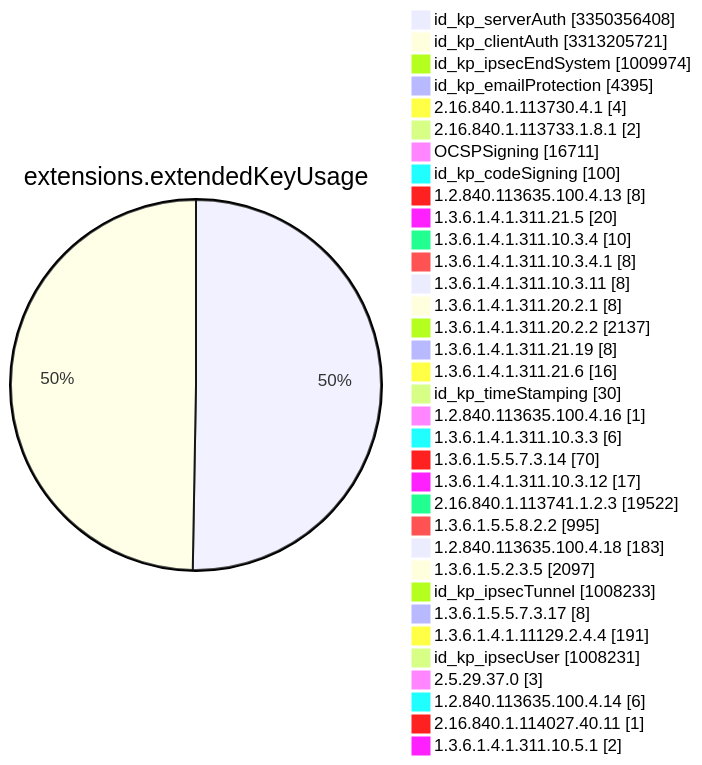
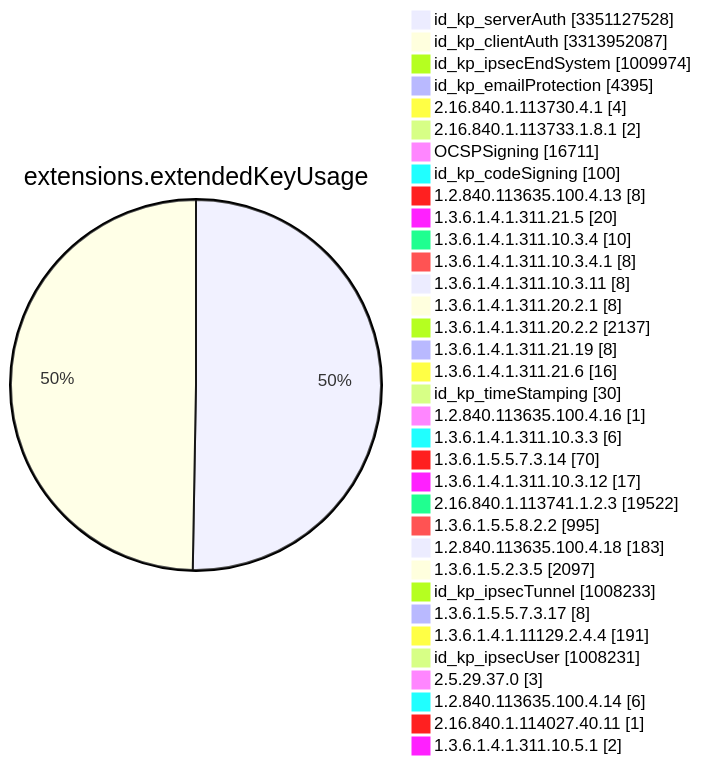
One commit to christiankrug/ctmonitor_visualization changed diagram 11 of 15 in TOTAL/README.md. Above: the diagram before and after it, drawn with Mermaid. The commit also changed other lines of this file, not shown here.

````diff
--- a/TOTAL/README.md
+++ b/TOTAL/README.md
@@ -4120,38 +4120,38 @@
 ```mermaid
 pie showData
 title extensions.extendedKeyUsage
-"id_kp_serverAuth" :3350356408
-"id_kp_clientAuth" :3313205721
+"id_kp_serverAuth" :3351127528
+"id_kp_clientAuth" :3313952087
 "id_kp_ipsecEndSystem" :1009974
 "id_kp_emailProtection" :4395
 "2.16.840.1.113730.4.1" :4
 "2.16.840.1.113733.1.8.1" :2
 "OCSPSigning" :16711
 "id_kp_codeSigning" :100
 "1.2.840.113635.100.4.13" :8
 "1.3.6.1.4.1.311.21.5" :20
 "1.3.6.1.4.1.311.10.3.4" :10
 "1.3.6.1.4.1.311.10.3.4.1" :8
 "1.3.6.1.4.1.311.10.3.11" :8
 "1.3.6.1.4.1.311.20.2.1" :8
 "1.3.6.1.4.1.311.20.2.2" :2137
 "1.3.6.1.4.1.311.21.19" :8
 "1.3.6.1.4.1.311.21.6" :16
 "id_kp_timeStamping" :30
 "1.2.840.113635.100.4.16" :1
 "1.3.6.1.4.1.311.10.3.3" :6
 "1.3.6.1.5.5.7.3.14" :70
 "1.3.6.1.4.1.311.10.3.12" :17
 "2.16.840.1.113741.1.2.3" :19522
 "1.3.6.1.5.5.8.2.2" :995
 "1.2.840.113635.100.4.18" :183
 "1.3.6.1.5.2.3.5" :2097
 "id_kp_ipsecTunnel" :1008233
 "1.3.6.1.5.5.7.3.17" :8
 "1.3.6.1.4.1.11129.2.4.4" :191
 "id_kp_ipsecUser" :1008231
 "2.5.29.37.0" :3
 "1.2.840.113635.100.4.14" :6
 "2.16.840.1.114027.40.11" :1
 "1.3.6.1.4.1.311.10.5.1" :2
 ```
````
